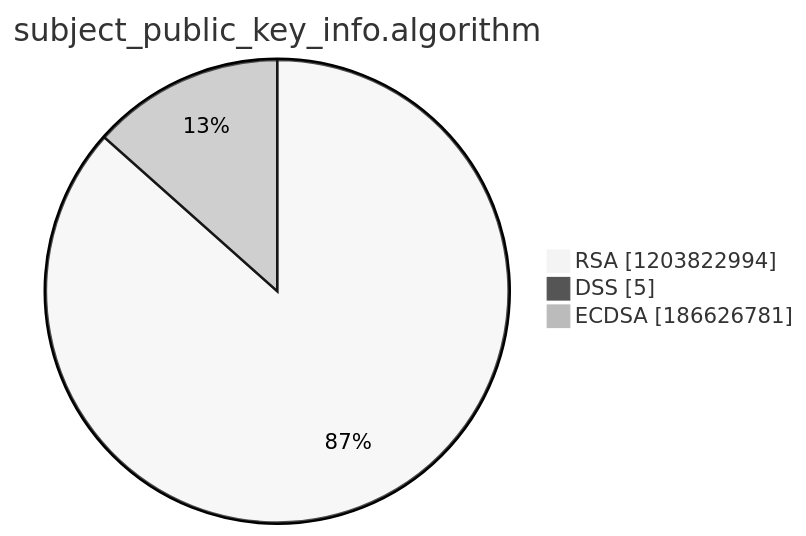
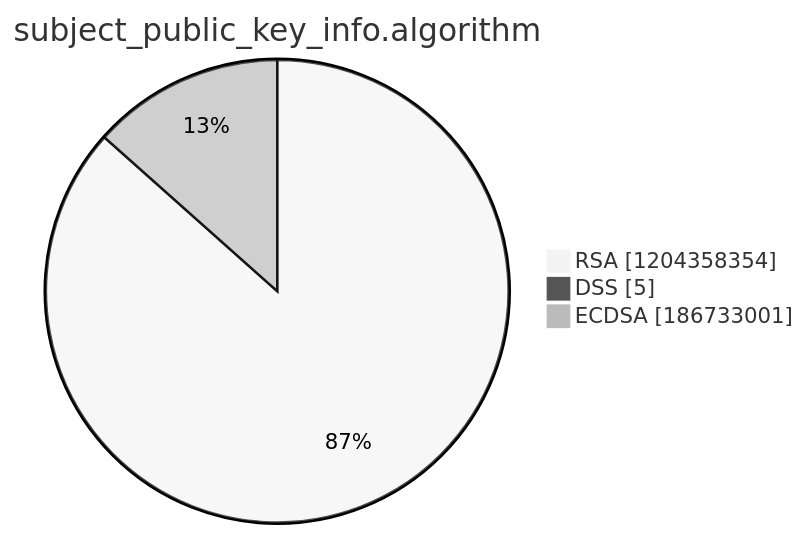
The third of 15 diagrams in argon2022/README.md (christiankrug/ctmonitor_visualization), drawn with Mermaid (neutral theme) before and after one commit. The commit also changed other lines of this file, not shown here.

````diff
--- a/argon2022/README.md
+++ b/argon2022/README.md
@@ -14,7 +14,7 @@
 ```mermaid
 pie showData
 title subject_public_key_info.algorithm
-"RSA" :1203822994
+"RSA" :1204358354
 "DSS" :5
-"ECDSA" :186626781
+"ECDSA" :186733001
 ```
````
